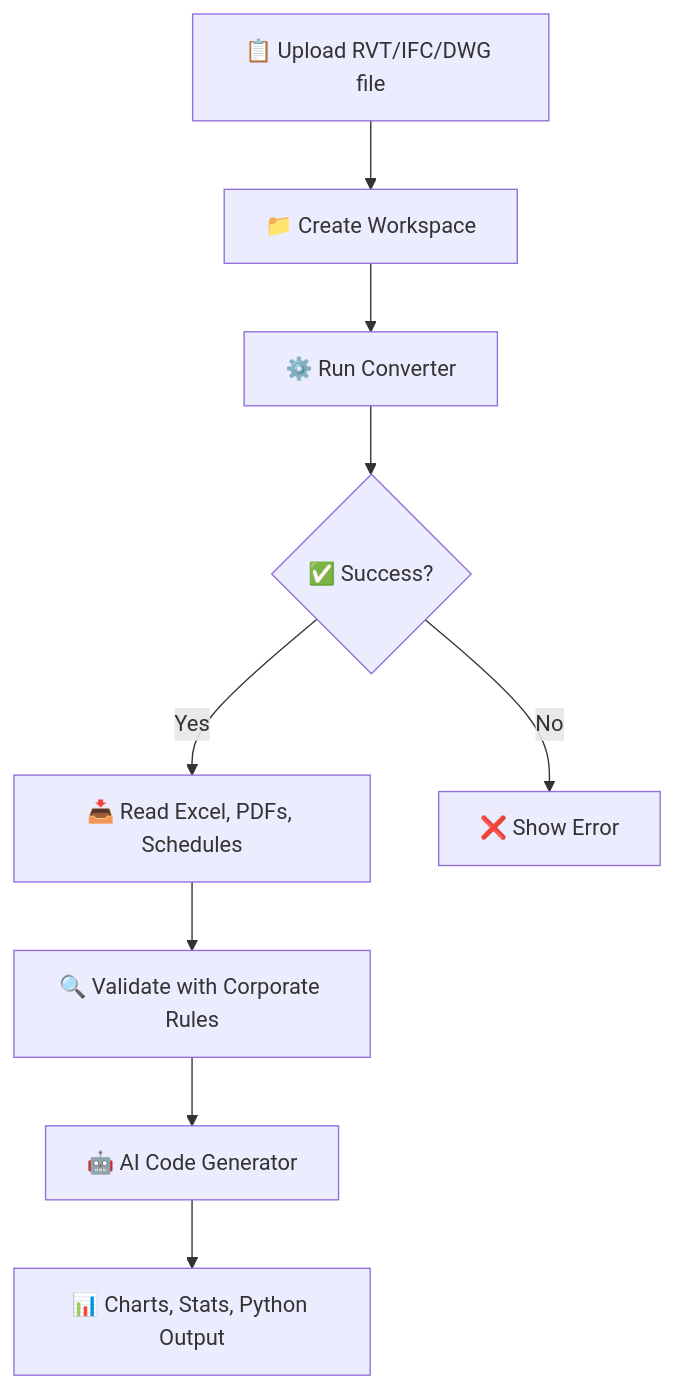
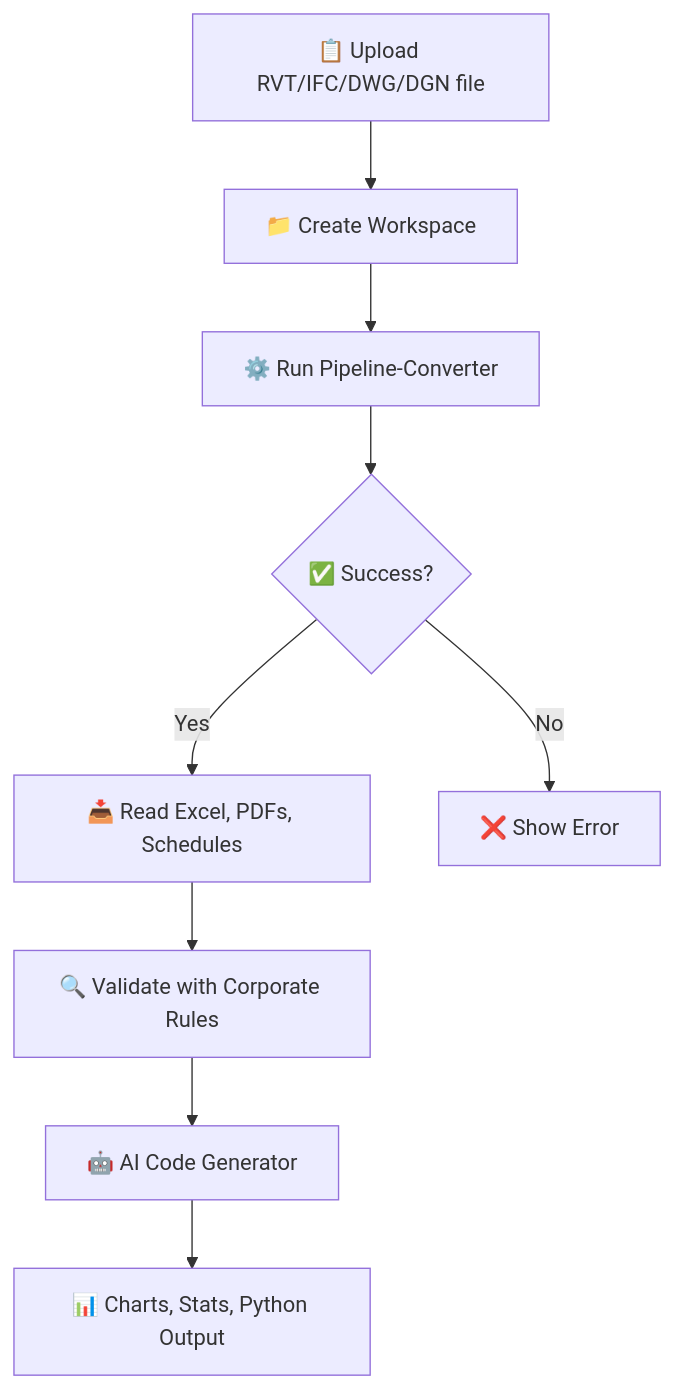
One commit to datadrivenconstruction/CAD-BIM-to-Code-Automation-Pipeline-DDC-Workflow changed the diagram in README.md. Above: the diagram before and after it, drawn with Mermaid. The commit also changed other lines of this file, not shown here.

````diff
--- a/README.md
+++ b/README.md
@@ -72,11 +77,11 @@
 ```mermaid
 graph TD;
-    A[📋 Upload RVT/IFC/DWG file] --> B[📁 Create Workspace]
-    B --> C[⚙️ Run Converter]
+    A[📋 Upload RVT/IFC/DWG/DGN file] --> B[📁 Create Workspace]
+    B --> C[⚙️ Run Pipeline-Converter]
     C --> D{✅ Success?}
     D -->|Yes| E[📥 Read Excel, PDFs, Schedules]
     D -->|No| F[❌ Show Error]
     E --> G[🔍 Validate with Corporate Rules]
     G --> H[🤖 AI Code Generator]
     H --> I[📊 Charts, Stats, Python Output]
 ```
````
